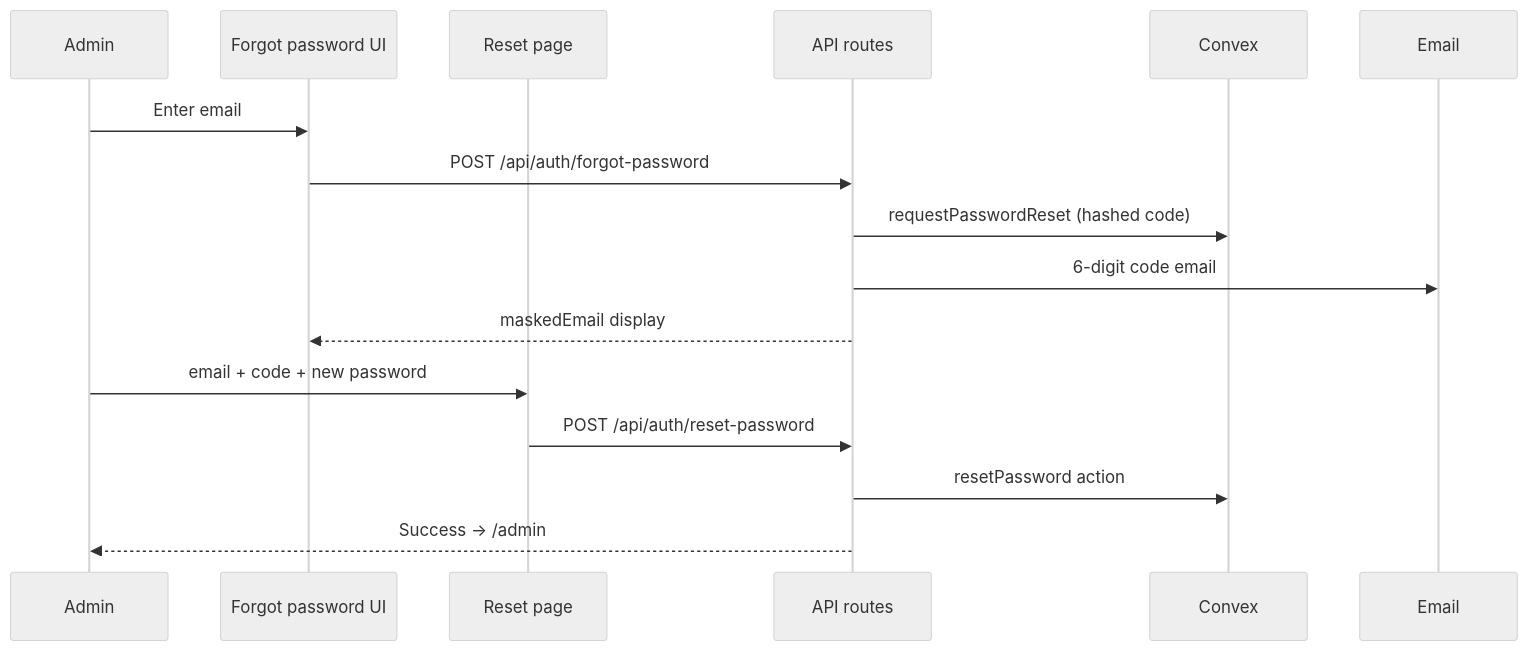
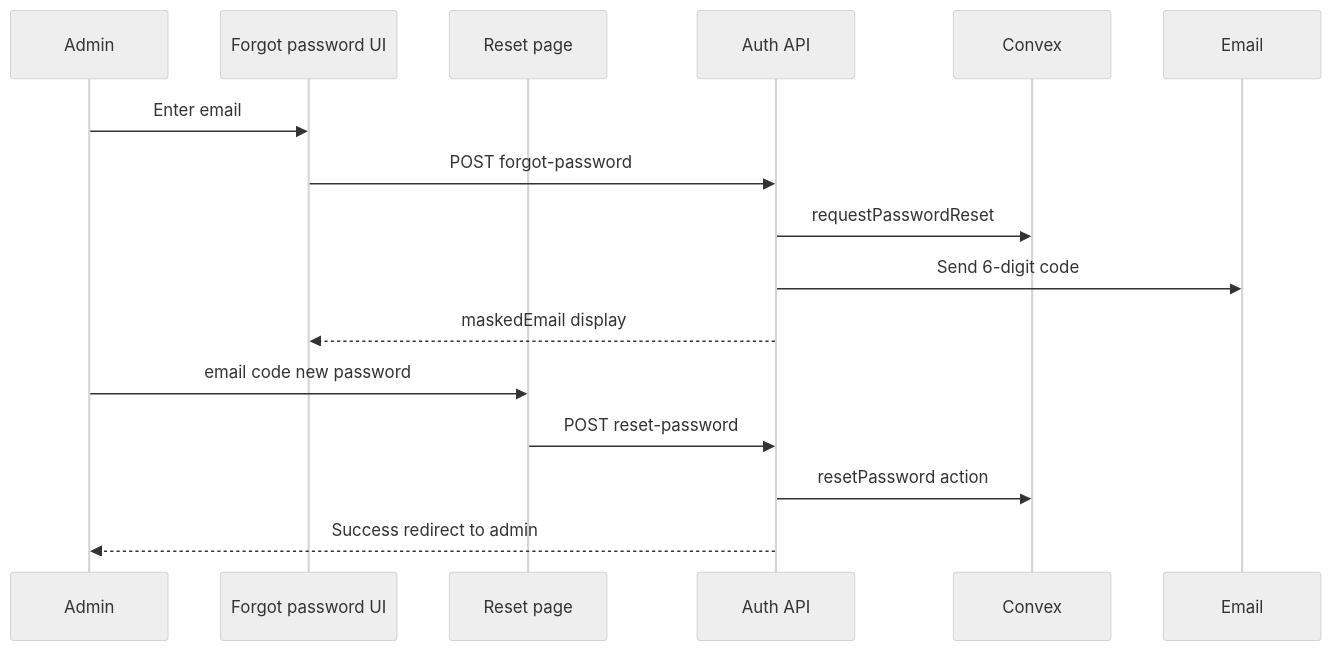
One commit to mawlid1431/Portfolio changed the seventh of 15 diagrams in README.md. Above: the diagram before and after it, drawn with Mermaid (neutral theme). The commit also changed other lines of this file, not shown here.

````diff
--- a/README.md
+++ b/README.md
@@ -413,19 +431,19 @@
 ```mermaid
 sequenceDiagram
   participant A as Admin
   participant F as Forgot password UI
   participant R as Reset page
-  participant API as API routes
+  participant API as Auth API
   participant C as Convex
   participant E as Email
 
   A->>F: Enter email
-  F->>API: POST /api/auth/forgot-password
-  API->>C: requestPasswordReset (hashed code)
-  API->>E: 6-digit code email
+  F->>API: POST forgot-password
+  API->>C: requestPasswordReset
+  API->>E: Send 6-digit code
   API-->>F: maskedEmail display
-  A->>R: email + code + new password
-  R->>API: POST /api/auth/reset-password
+  A->>R: email code new password
+  R->>API: POST reset-password
   API->>C: resetPassword action
-  API-->>A: Success → /admin
+  API-->>A: Success redirect to admin
 ```
````
